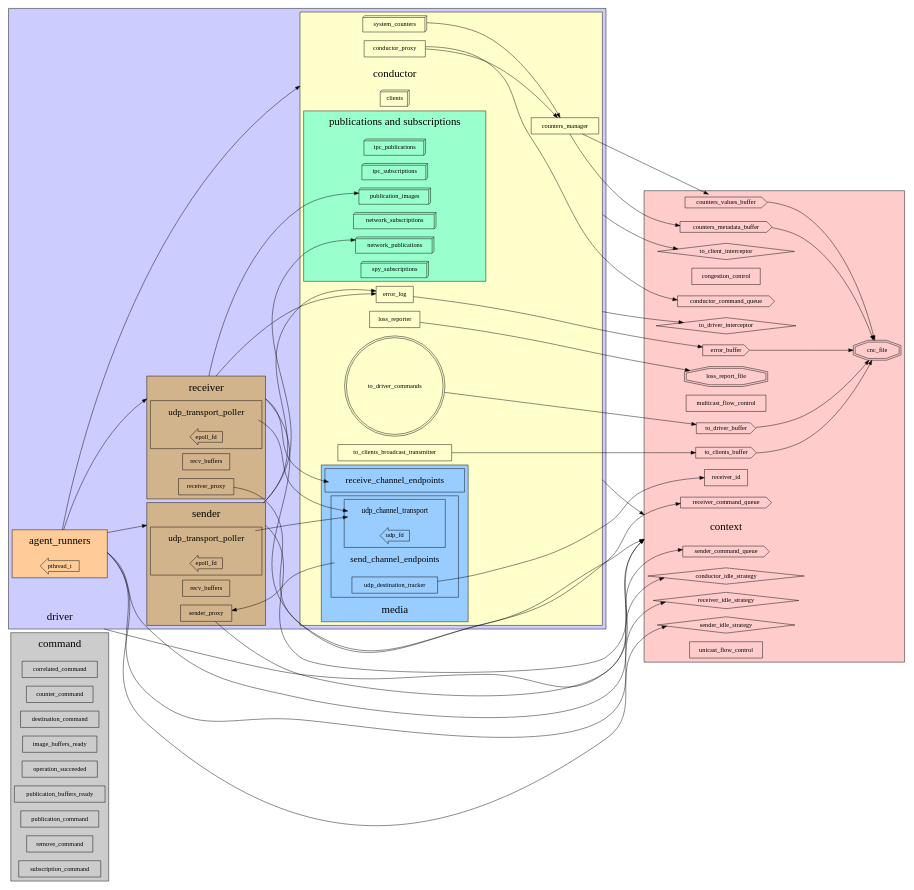
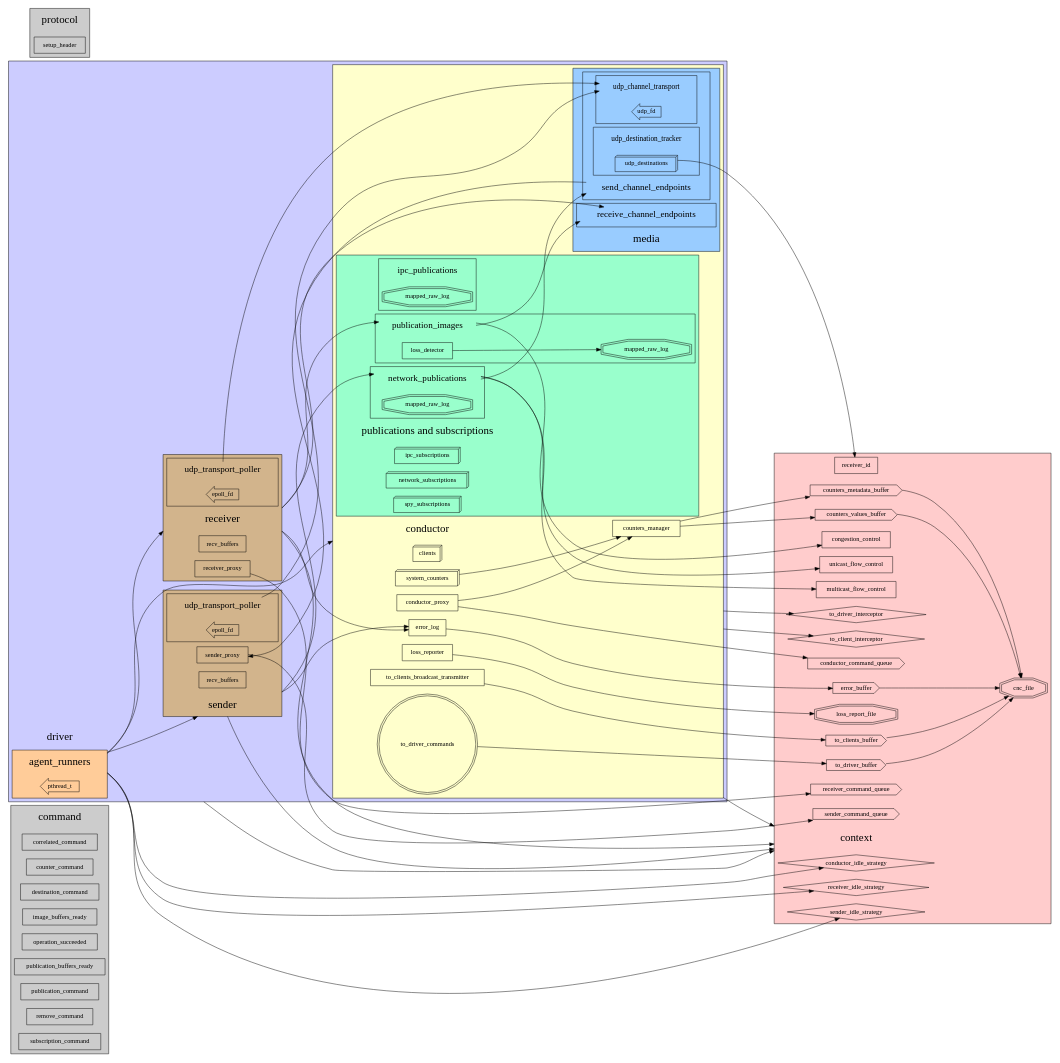
The diagram in doc/c_driver.dot (khklau/aeron-dpdk-driver), drawn with Graphviz before and after one commit.

Commit message:
adding more publication details and how they use flow and congestion control

```diff
--- a/doc/c_driver.dot
+++ b/doc/c_driver.dot
@@ -1,6 +1,6 @@
 digraph aeron_media_driver {
 
-    ranksep=1.5;
+    ranksep=2.0;
     rankdir=LR;
     compound=true;
 
@@ -103,8 +103,6 @@
 
                     send_channel_endpoints [ label="send_channel_endpoints" shape="none" fontsize=20 ];
 
-                    udp_destination_tracker [ label="udp_destination_tracker" shape="record" ];
-
                     subgraph cluster_udp_channel_transport {
                         style = filled;
                         fillcolor = "#99ccff";
@@ -112,6 +110,15 @@
                         udp_channel_transport [ label="udp_channel_transport" shape="none" fontsize=16 ];
 
                         udp_fd [ label="udp_fd" shape="larrow" ];
+                    }
+
+                    subgraph cluster_udp_destination_tracker {
+                        style = filled;
+                        fillcolor = "#99ccff";
+
+                        udp_destination_tracker [ label="udp_destination_tracker" shape="none" fontsize=16 ];
+
+                        udp_destinations [ label="udp_destinations" shape="box3d" ];
                     }
                 }
             }
@@ -122,13 +129,43 @@
 
                 pubsub [ label="publications and subscriptions" shape="none" fontsize=24 ];
 
-                ipc_publications [ label="ipc_publications " shape="box3d" ];
                 ipc_subscriptions [ label="ipc_subscriptions " shape="box3d" ];
-                network_publications [ label="network_publications " shape="box3d" ];
                 network_subscriptions [ label="network_subscriptions " shape="box3d" ];
-                publication_images [ label="publication_images " shape="box3d" ];
                 spy_subscriptions [ label="spy_subscriptions " shape="box3d" ];
+
+                subgraph cluster_ipc_publications {
+                    style = filled;
+                    fillcolor = "#99ffcc";
+
+                    ipc_publications [ label="ipc_publications" shape="none" fontsize=20 ];
+
+                    ip_mapped_raw_log [ label="mapped_raw_log" shape="doubleoctagon" ];
+                }
+
+                subgraph cluster_network_publications {
+                    style = filled;
+                    fillcolor = "#99ffcc";
+
+                    network_publications [ label="network_publications" shape="none" fontsize=20 ];
+
+                    np_mapped_raw_log [ label="mapped_raw_log" shape="doubleoctagon" ];
+                }
+
+                subgraph cluster_publication_images {
+                    style = filled;
+                    fillcolor = "#99ffcc";
+
+                    publication_images [ label="publication_images" shape="none" fontsize=20 ];
+
+                    loss_detector [ label="loss_detector" shape="record" ];
+                    pi_mapped_raw_log [ label="mapped_raw_log" shape="doubleoctagon" ];
+
+                    loss_detector -> pi_mapped_raw_log;
+                }
             }
+
+            publication_images -> receive_channel_endpoints;
+            network_publications -> send_channel_endpoints;
         }
 
         subgraph cluster_receiver {
@@ -179,6 +216,15 @@
         sender_udp_transport_poller -> udp_channel_transport;
     }
 
+    subgraph cluster_protocol {
+        style = filled;
+        fillcolor = "#cccccc";
+
+        protocol [ label="protocol" shape="none" fontsize=24 ];
+
+        setup_header [ label="setup_header" shape="record" ];
+    }
+
     conductor -> context [ ltail=cluster_conductor, lhead=cluster_context ];
     conductor -> to_client_interceptor [ ltail=cluster_conductor ];
     conductor -> to_driver_interceptor [ ltail=cluster_conductor ];
@@ -189,6 +235,9 @@
     driver -> context [ ltail=cluster_driver, lhead=cluster_context ]
     error_log -> error_buffer;
     loss_reporter -> loss_report_file;
+    network_publications -> multicast_flow_control;
+    network_publications -> unicast_flow_control;
+    publication_images -> congestion_control;
     receiver -> context [ ltail=cluster_receiver, lhead=cluster_context ];
     receiver -> error_log [ ltail=cluster_receiver ];
     receiver -> publication_images [ ltail=cluster_receiver];
@@ -202,5 +251,5 @@
     system_counters -> counters_manager;
     to_clients_broadcast_transmitter -> to_clients_buffer;
     to_driver_commands -> to_driver_buffer;
-    udp_destination_tracker -> receiver_id;
+    udp_destinations -> receiver_id;
 }
```
